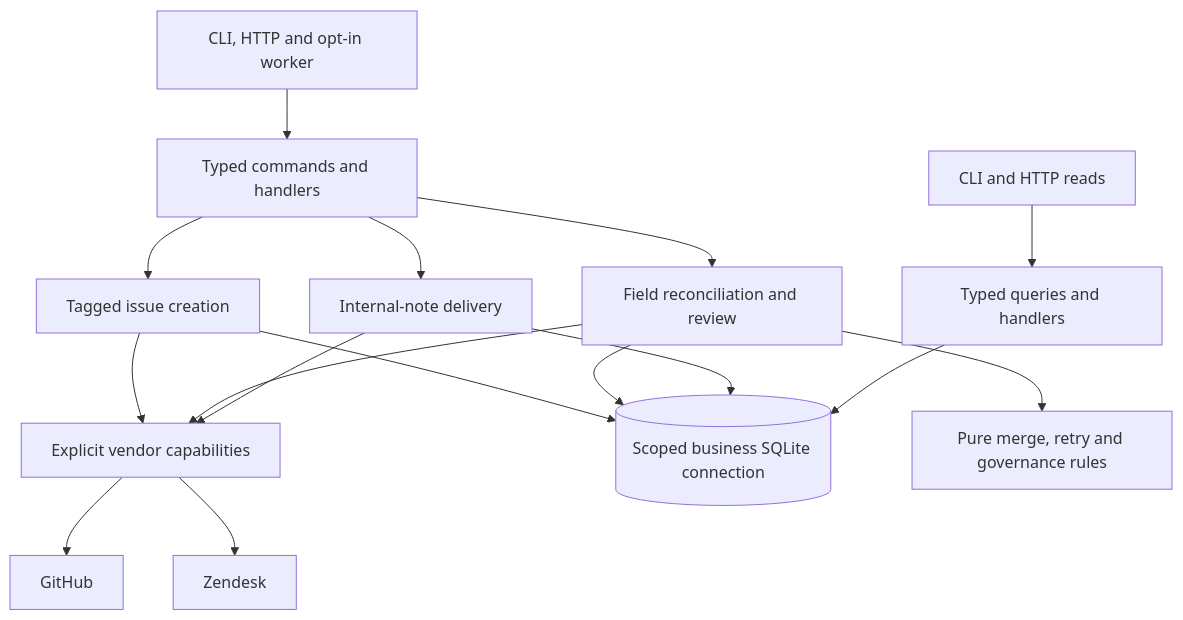
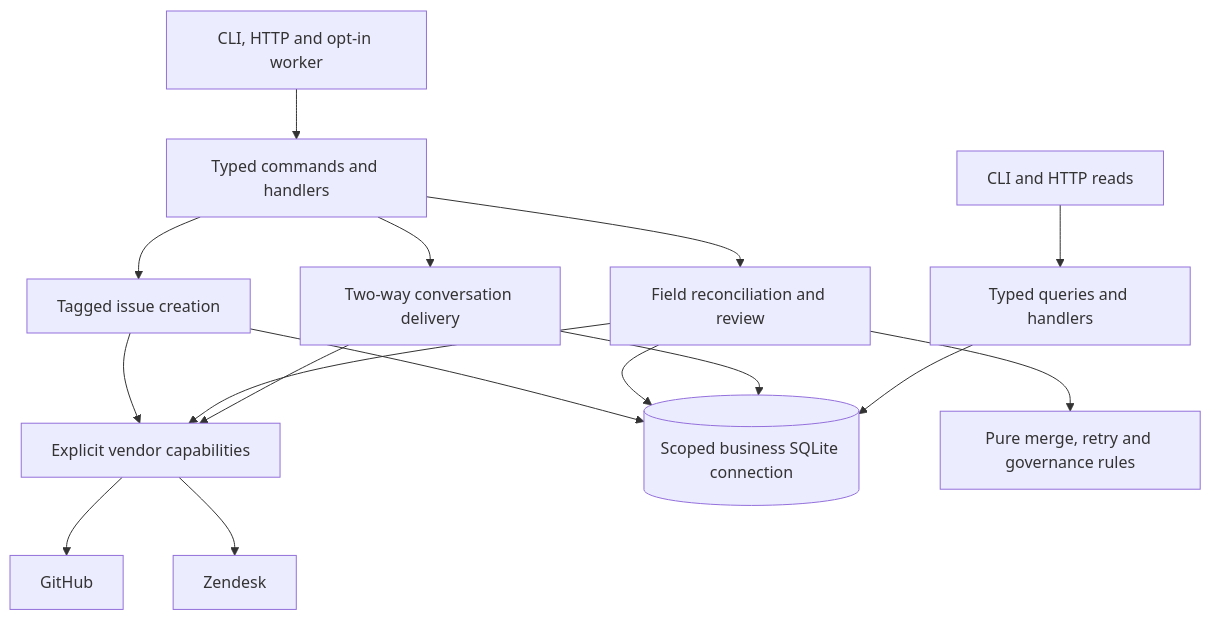
Before and after one commit to AlbertFlorescu/support-bridge: the first of 2 diagrams in docs/ARCHITECTURE.md, drawn with Mermaid. The commit also changed other lines of this file and 72 other files, not shown here.

Commit message:
Add two-way escalation conversations (#39)

````diff
--- a/docs/ARCHITECTURE.md
+++ b/docs/ARCHITECTURE.md
@@ -11,18 +11,18 @@
 ```mermaid
 flowchart TB
     Entry["CLI, HTTP and opt-in worker"] --> Commands["Typed commands and handlers"]
     ReadEntry["CLI and HTTP reads"] --> Queries["Typed queries and handlers"]
     Commands --> Intake["Tagged issue creation"]
     Commands --> Engine["Field reconciliation and review"]
-    Commands --> Comments["Internal-note delivery"]
+    Commands --> Comments["Two-way conversation delivery"]
     Intake --> Ports["Explicit vendor capabilities"]
     Engine --> Ports
     Comments --> Ports
     Ports --> GH["GitHub"]
     Ports --> ZD["Zendesk"]
     Intake --> Store[("Scoped business SQLite connection")]
     Engine --> Store
     Comments --> Store
     Queries --> Store
     Engine --> Policies["Pure merge, retry and governance rules"]
 ```
````
